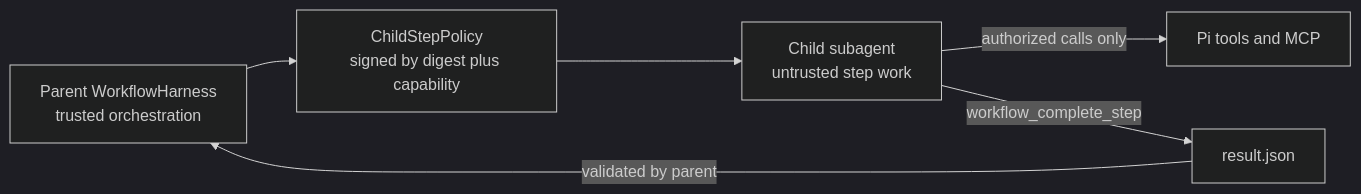
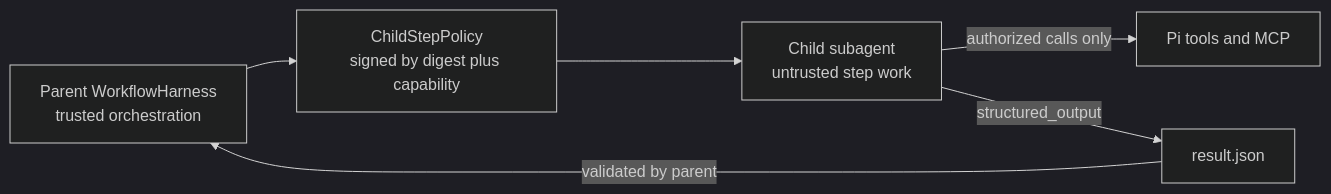
Before and after one commit to wichayutdew/pi-workflows: the first of 7 diagrams in openwiki/security/policy-model.md, drawn with Mermaid (dark theme). The commit also changed other lines of this file and 57 other files, not shown here.

````diff
--- a/openwiki/security/policy-model.md
+++ b/openwiki/security/policy-model.md
@@ -10,14 +10,14 @@
 ```mermaid
 flowchart LR
   Parent[Parent WorkflowHarness<br/>trusted orchestration]
   Policy[ChildStepPolicy<br/>signed by digest plus capability]
   Child[Child subagent<br/>untrusted step work]
   Tools[Pi tools and MCP]
   Result[result.json]
 
   Parent --> Policy
   Policy --> Child
   Child -->|authorized calls only| Tools
-  Child -->|workflow_complete_step| Result
+  Child -->|structured_output| Result
   Result -->|validated by parent| Parent
 ```
````
